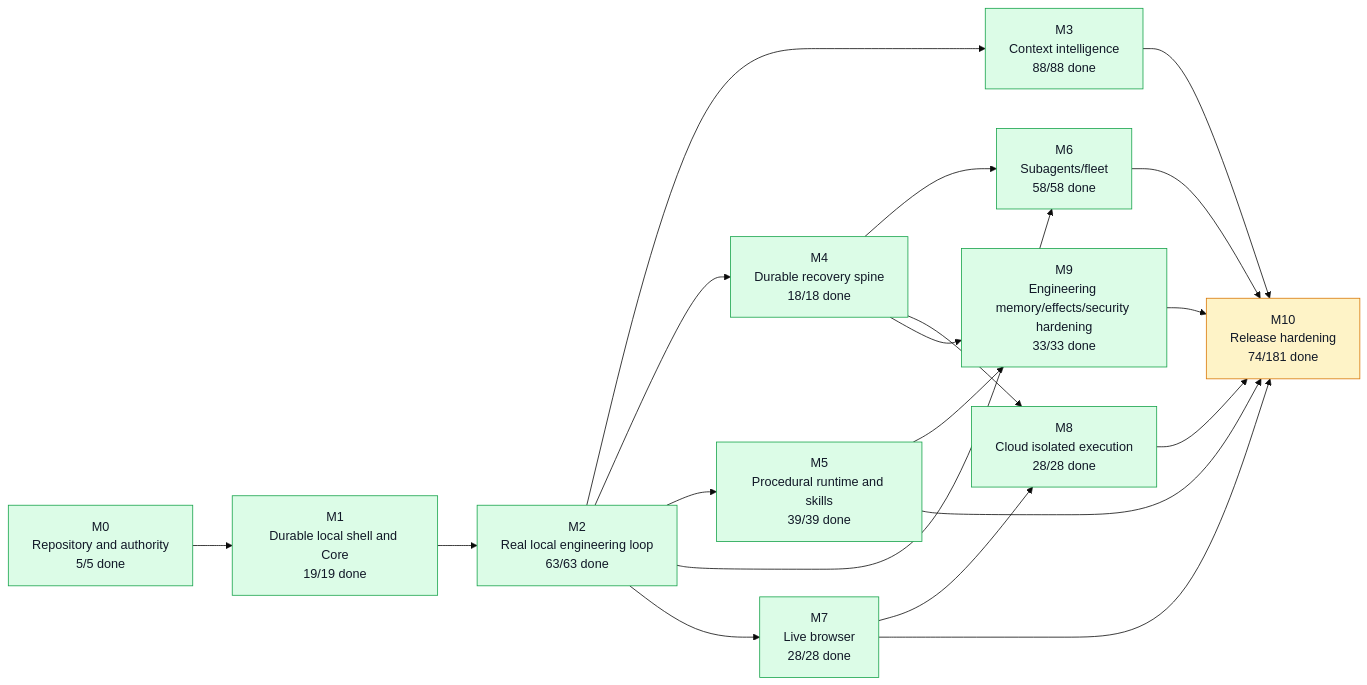
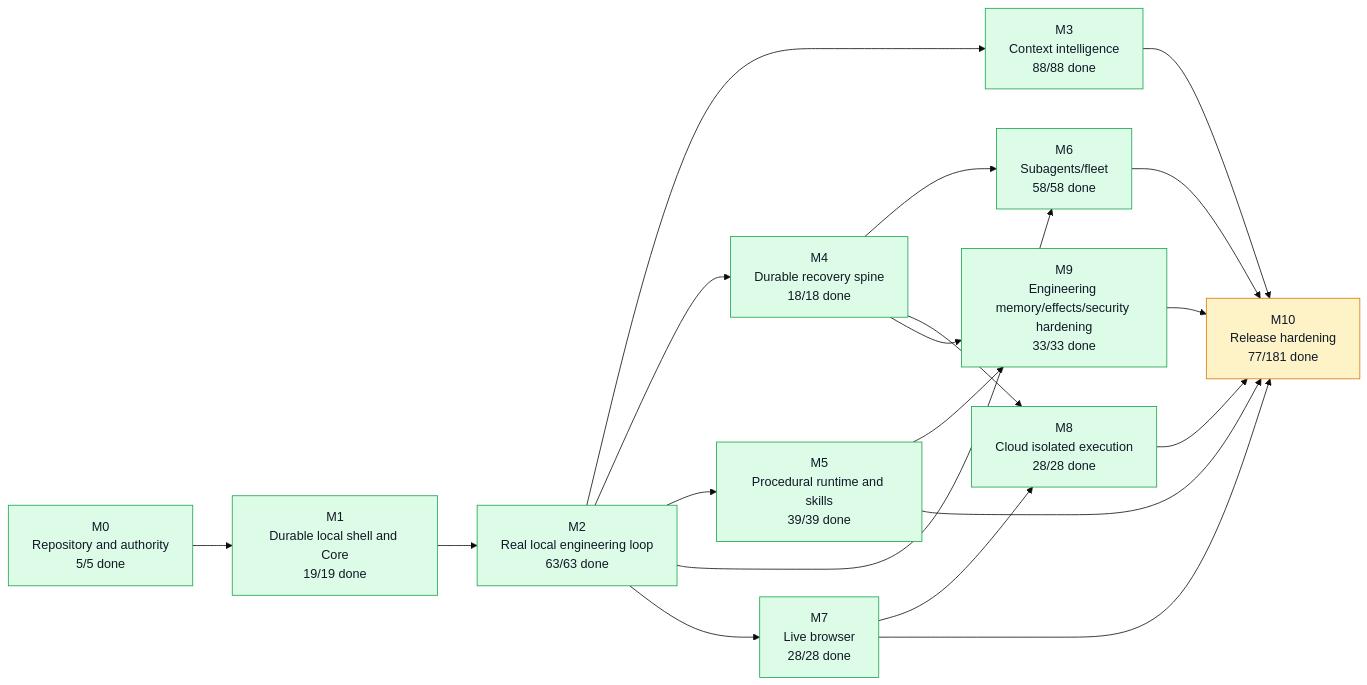
Before and after one commit to moss101/modbit: the first of 5 diagrams in graph/PROJECT_GRAPH.md, drawn with Mermaid (base theme). The commit also changed other lines of this file and 12 other files, not shown here.

````diff
--- a/graph/PROJECT_GRAPH.md
+++ b/graph/PROJECT_GRAPH.md
@@ -57,43 +57,43 @@
 ```mermaid
 flowchart LR
   M0["M0<br/>Repository and authority<br/>5/5 done"]
   M1["M1<br/>Durable local shell and Core<br/>19/19 done"]
   M2["M2<br/>Real local engineering loop<br/>63/63 done"]
   M3["M3<br/>Context intelligence<br/>88/88 done"]
   M4["M4<br/>Durable recovery spine<br/>18/18 done"]
   M5["M5<br/>Procedural runtime and skills<br/>39/39 done"]
   M6["M6<br/>Subagents/fleet<br/>58/58 done"]
   M7["M7<br/>Live browser<br/>28/28 done"]
   M8["M8<br/>Cloud isolated execution<br/>28/28 done"]
   M9["M9<br/>Engineering memory/effects/security hardening<br/>33/33 done"]
-  M10["M10<br/>Release hardening<br/>74/181 done"]
+  M10["M10<br/>Release hardening<br/>77/181 done"]
   M0 --> M1
   M1 --> M2
   M2 --> M3
   M2 --> M4
   M2 --> M5
   M2 --> M6
   M4 --> M6
   M2 --> M7
   M4 --> M8
   M7 --> M8
   M4 --> M9
   M5 --> M9
   M3 --> M10
   M5 --> M10
   M6 --> M10
   M7 --> M10
   M8 --> M10
   M9 --> M10
   style M0 fill:#dcfce7,stroke:#16a34a,color:#111827
   style M1 fill:#dcfce7,stroke:#16a34a,color:#111827
   style M2 fill:#dcfce7,stroke:#16a34a,color:#111827
   style M3 fill:#dcfce7,stroke:#16a34a,color:#111827
   style M4 fill:#dcfce7,stroke:#16a34a,color:#111827
   style M5 fill:#dcfce7,stroke:#16a34a,color:#111827
   style M6 fill:#dcfce7,stroke:#16a34a,color:#111827
   style M7 fill:#dcfce7,stroke:#16a34a,color:#111827
   style M8 fill:#dcfce7,stroke:#16a34a,color:#111827
   style M9 fill:#dcfce7,stroke:#16a34a,color:#111827
   style M10 fill:#fef3c7,stroke:#d97706,color:#111827
 ```
````
